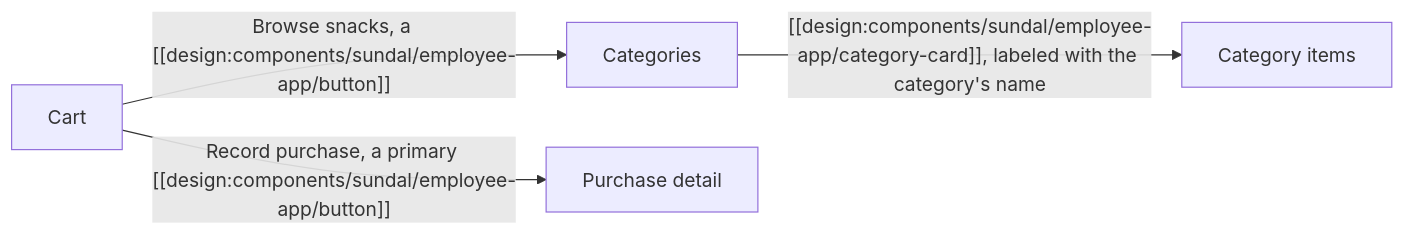
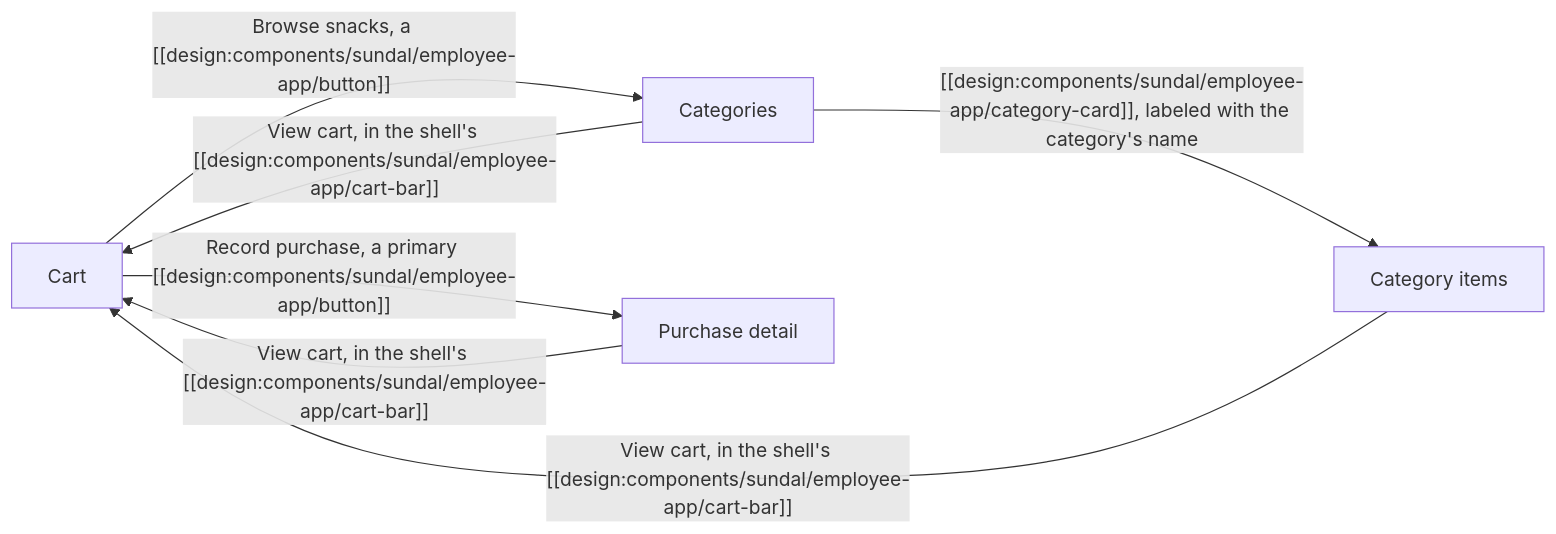
The diagram in wiki/_derived/graph-surfaces.md (humbleatethefool/Sundal), drawn with Mermaid before and after one commit. The commit also changed 40 other files, not shown here.

````diff
--- a/wiki/_derived/graph-surfaces.md
+++ b/wiki/_derived/graph-surfaces.md
@@ -9,10 +9,13 @@
 ```mermaid
 flowchart LR
     design_surfaces_sundal_employee_app_cart_cart_list["Cart"]
     design_surfaces_sundal_employee_app_categories_categories_list["Categories"]
     design_surfaces_sundal_employee_app_category_items_category_items_list["Category items"]
     design_surfaces_sundal_employee_app_purchase_detail_purchase_detail_detail["Purchase detail"]
     design_surfaces_sundal_employee_app_cart_cart_list -->|"Record purchase, a primary [[design:components/sundal/employee-app/button]]"| design_surfaces_sundal_employee_app_purchase_detail_purchase_detail_detail
     design_surfaces_sundal_employee_app_cart_cart_list -->|"Browse snacks, a [[design:components/sundal/employee-app/button]]"| design_surfaces_sundal_employee_app_categories_categories_list
     design_surfaces_sundal_employee_app_categories_categories_list -->|"[[design:components/sundal/employee-app/category-card]], labeled with the category's name"| design_surfaces_sundal_employee_app_category_items_category_items_list
+    design_surfaces_sundal_employee_app_categories_categories_list -->|"View cart, in the shell's [[design:components/sundal/employee-app/cart-bar]]"| design_surfaces_sundal_employee_app_cart_cart_list
+    design_surfaces_sundal_employee_app_category_items_category_items_list -->|"View cart, in the shell's [[design:components/sundal/employee-app/cart-bar]]"| design_surfaces_sundal_employee_app_cart_cart_list
+    design_surfaces_sundal_employee_app_purchase_detail_purchase_detail_detail -->|"View cart, in the shell's [[design:components/sundal/employee-app/cart-bar]]"| design_surfaces_sundal_employee_app_cart_cart_list
 ```
````
